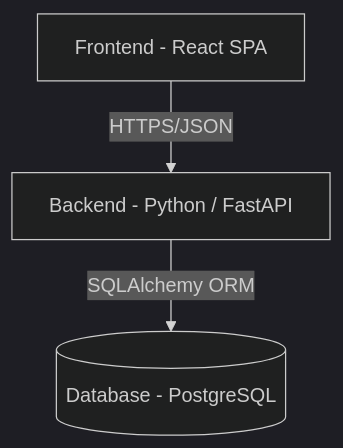
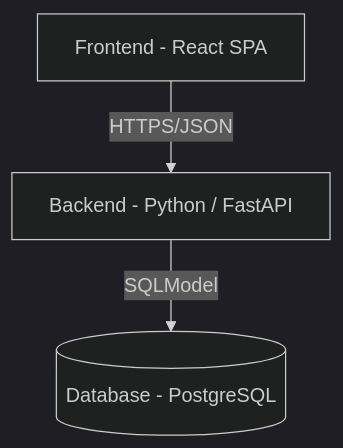
The diagram in README.md (ljezek/tul-psi), drawn with Mermaid (dark theme) before and after one commit. The commit also changed other lines of this file and 2 other files, not shown here.

First line of the commit message:
Address review: use SQLModel, revert Subject to Course naming

````diff
--- a/README.md
+++ b/README.md
@@ -21,9 +21,9 @@
 ```mermaid
 flowchart TD
   UI[Frontend - React SPA]
   API[Backend - Python / FastAPI]
   DB[(Database - PostgreSQL)]
 
   UI -- HTTPS/JSON --> API
-  API -- SQLAlchemy ORM --> DB
+  API -- SQLModel --> DB
 ```
````
